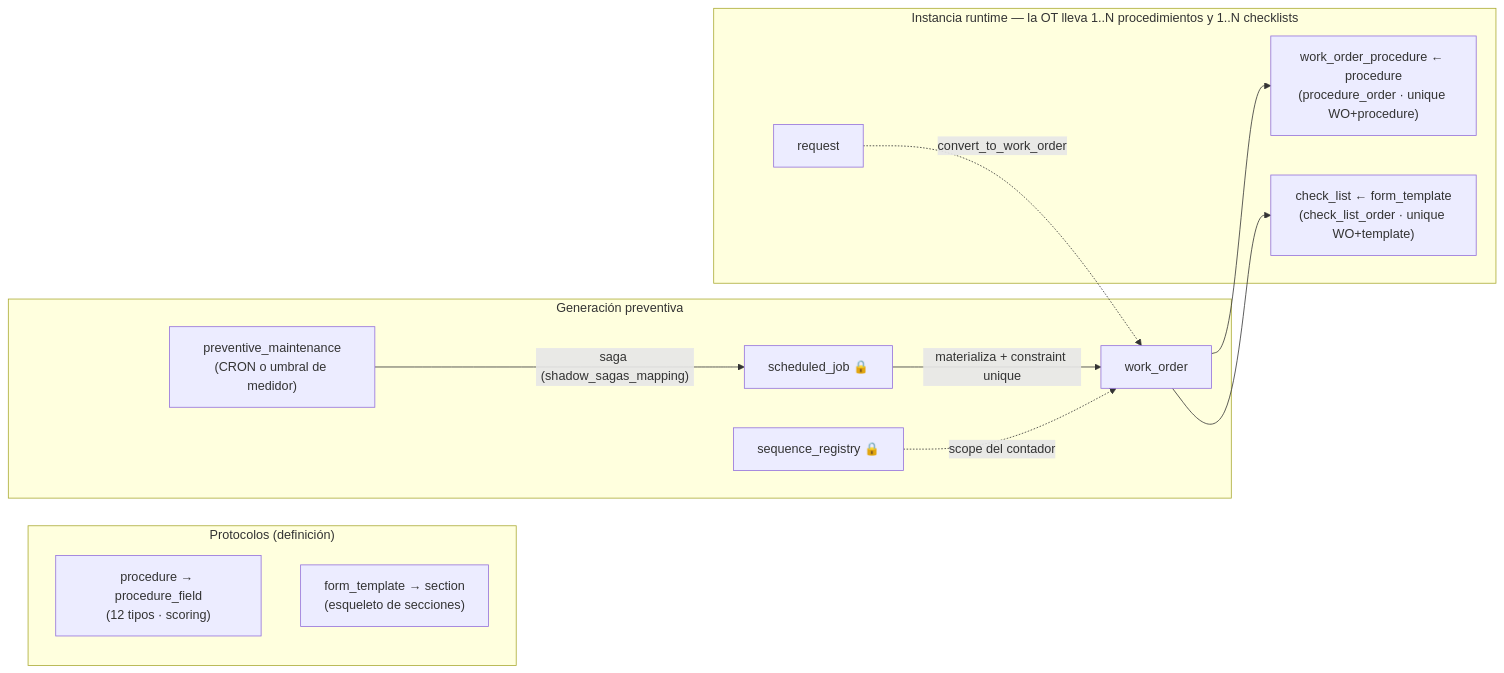
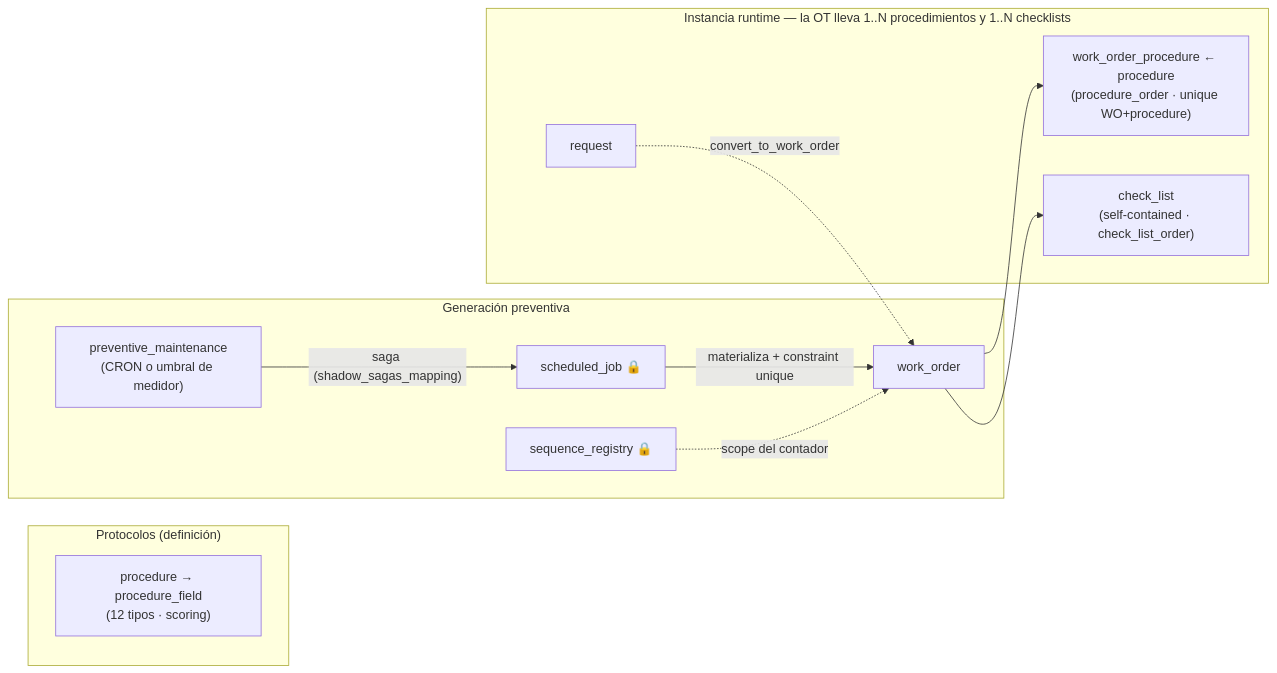
The third of 5 diagrams in docs/reference/diagrama-modelo-datos.md (metritechnology/metri-engine), drawn with Mermaid before and after one commit. The commit also changed other lines of this file and 11 other files, not shown here.

First line of the commit message:
refactor(modelos): retirar la capa form_template — checklists self-contained

````diff
--- a/docs/reference/diagrama-modelo-datos.md
+++ b/docs/reference/diagrama-modelo-datos.md
@@ -127,20 +126,19 @@
 ```mermaid
 flowchart LR
     subgraph DEFS["Protocolos (definición)"]
         PR["procedure → procedure_field<br/>(12 tipos · scoring)"]
-        FT["form_template → section<br/>(esqueleto de secciones)"]
     end
 
     subgraph GEN["Generación preventiva"]
         PM["preventive_maintenance<br/>(CRON o umbral de medidor)"]
         PM -->|"saga (shadow_sagas_mapping)"| SJ["scheduled_job 🔒"]
         SJ -->|"materializa + constraint unique"| WO2["work_order"]
         SEQ["sequence_registry 🔒"] -.->|"scope del contador"| WO2
     end
 
     subgraph RUN["Instancia runtime — la OT lleva 1..N procedimientos y 1..N checklists"]
         WO2 --> WPR2["work_order_procedure ← procedure<br/>(procedure_order · unique WO+procedure)"]
-        WO2 --> CL2["check_list ← form_template<br/>(check_list_order · unique WO+template)"]
+        WO2 --> CL2["check_list<br/>(self-contained · check_list_order)"]
         REQ2["request"] -.->|"convert_to_work_order"| WO2
     end
 ```
````
